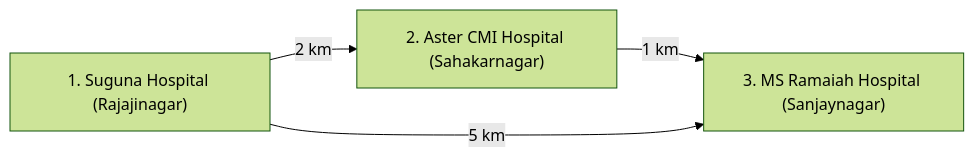
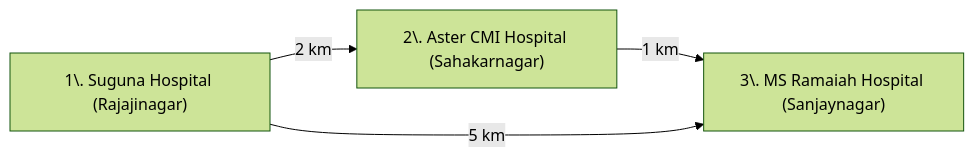
The second of 2 diagrams in README.md (Shahid6174/DynamicAmbulence), drawn with Mermaid (forest theme) before and after one commit.

````diff
--- a/README.md
+++ b/README.md
@@ -39,10 +39,12 @@
 ```mermaid
 graph LR
-    H1["1. Suguna Hospital (Rajajinagar)"]
-    H2["2. Aster CMI Hospital (Sahakarnagar)"]
-    H3["3. MS Ramaiah Hospital (Sanjaynagar)"]
+    H1["1\. Suguna Hospital (Rajajinagar)"]
+    H2["2\. Aster CMI Hospital (Sahakarnagar)"]
+    H3["3\. MS Ramaiah Hospital (Sanjaynagar)"]
+
     H1 -- "2 km" --> H2
     H2 -- "1 km" --> H3
     H1 -- "5 km" --> H3
 
+
 ```
````
